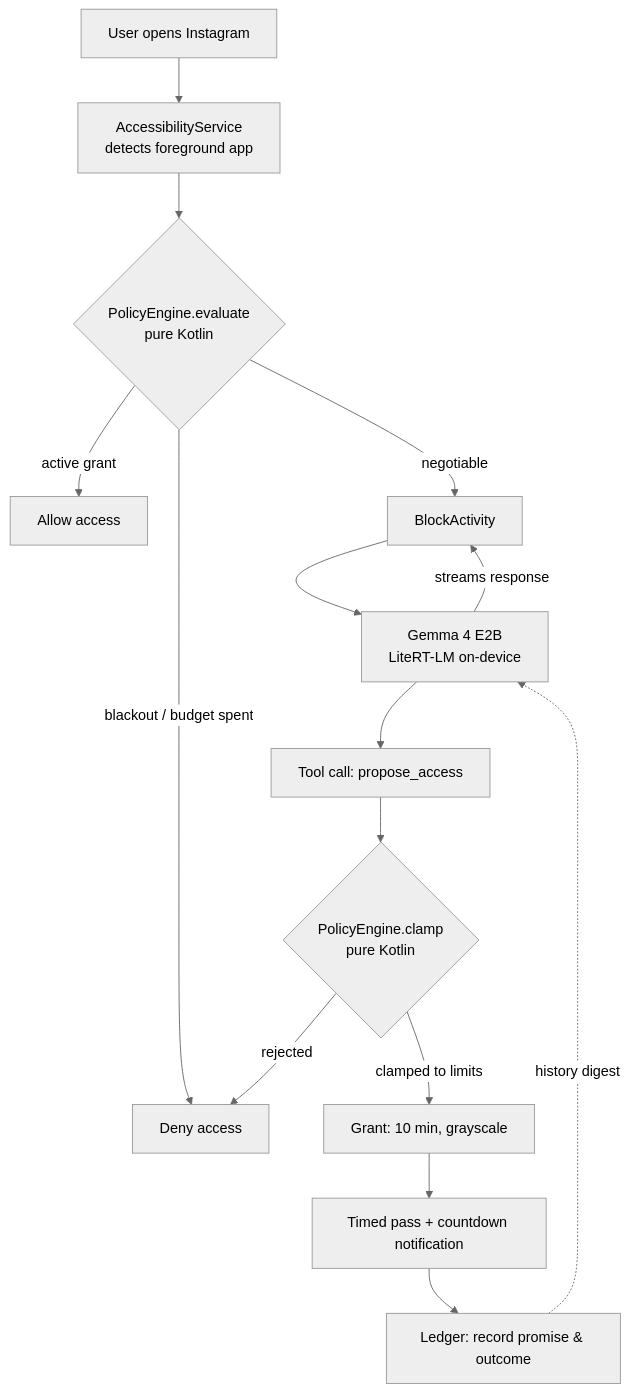
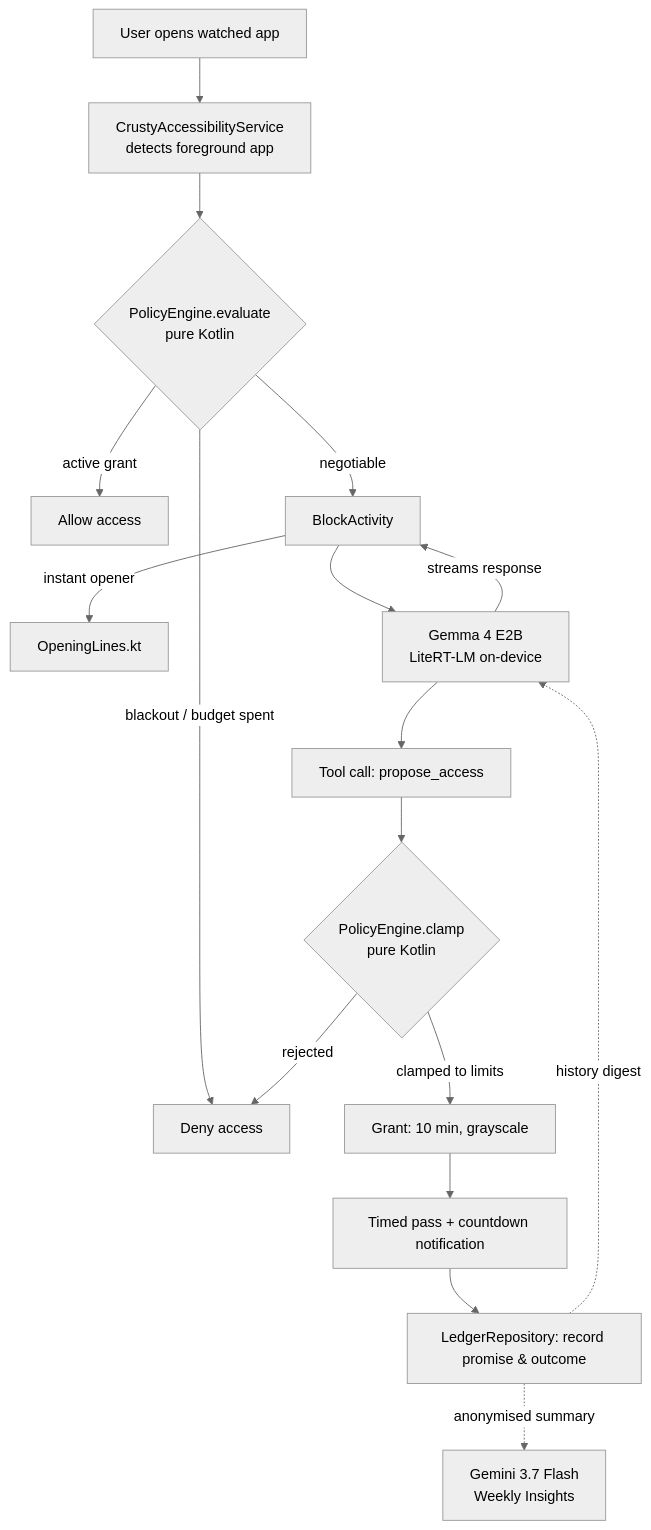
One commit to lukataylo/imperial-gemini-hackathon26 changed the diagram in README.md. Above: the diagram before and after it, drawn with Mermaid (neutral theme). The commit also changed other lines of this file and 1 other file, not shown here.

Commit message:
docs: align README and submission write-up with latest codebase implementation

````diff
--- a/README.md
+++ b/README.md
@@ -21,17 +22,19 @@
 ```mermaid
 flowchart TD
-    A[User opens Instagram] --> B[AccessibilityService<br/>detects foreground app]
+    A[User opens watched app] --> B[CrustyAccessibilityService<br/>detects foreground app]
     B --> C{PolicyEngine.evaluate<br/>pure Kotlin}
     C -->|active grant| Z[Allow access]
     C -->|blackout / budget spent| D[Deny access]
     C -->|negotiable| E[BlockActivity]
-    E --> F[Gemma 4 E2B<br/>LiteRT-LM on-device]
-    F -->|streams response| E
-    F --> G[Tool call: propose_access]
-    G --> H{PolicyEngine.clamp<br/>pure Kotlin}
-    H -->|clamped to limits| I[Grant: 10 min, grayscale]
-    H -->|rejected| D
-    I --> J[Timed pass + countdown notification]
-    J --> K[Ledger: record promise & outcome]
-    K -.->|history digest| F
+    E -->|instant opener| F[OpeningLines.kt]
+    E --> G[Gemma 4 E2B<br/>LiteRT-LM on-device]
+    G -->|streams response| E
+    G --> H[Tool call: propose_access]
+    H --> I{PolicyEngine.clamp<br/>pure Kotlin}
+    I -->|clamped to limits| J[Grant: 10 min, grayscale]
+    I -->|rejected| D
+    J --> K[Timed pass + countdown notification]
+    K --> L[LedgerRepository: record promise & outcome]
+    L -.->|history digest| G
+    L -.->|anonymised summary| M[Gemini 3.7 Flash<br/>Weekly Insights]
 ```
````
